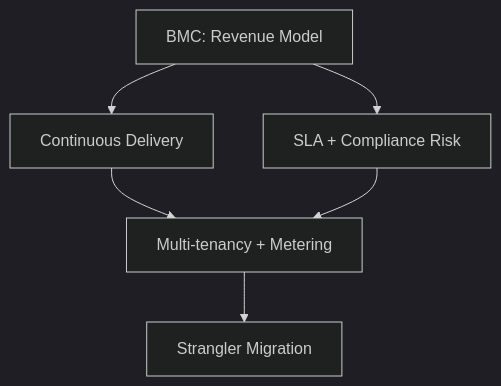
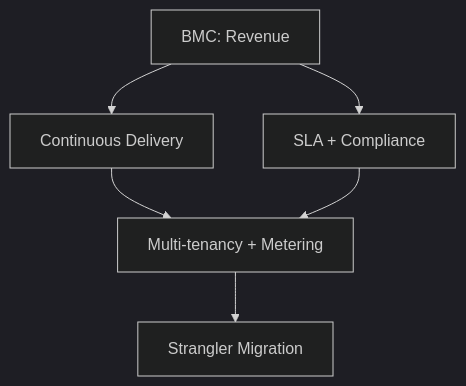
Before and after one commit to ljg-cqu/knowledge: the diagram in Prompts/Career/Business/QA.md, drawn with Mermaid (dark theme). The commit also changed other lines of this file and 17 other files, not shown here.

````diff
--- a/Prompts/Career/Business/QA.md
+++ b/Prompts/Career/Business/QA.md
@@ -186,8 +111,8 @@
 ```mermaid
 flowchart TD
-    A[BMC: Revenue Model] --> B[Continuous Delivery]
-    A --> C[SLA + Compliance Risk]
+    A[BMC: Revenue] --> B[Continuous Delivery]
+    A --> C[SLA + Compliance]
     B --> D[Multi-tenancy + Metering]
     C --> D
     D --> E[Strangler Migration]
 ```
````
